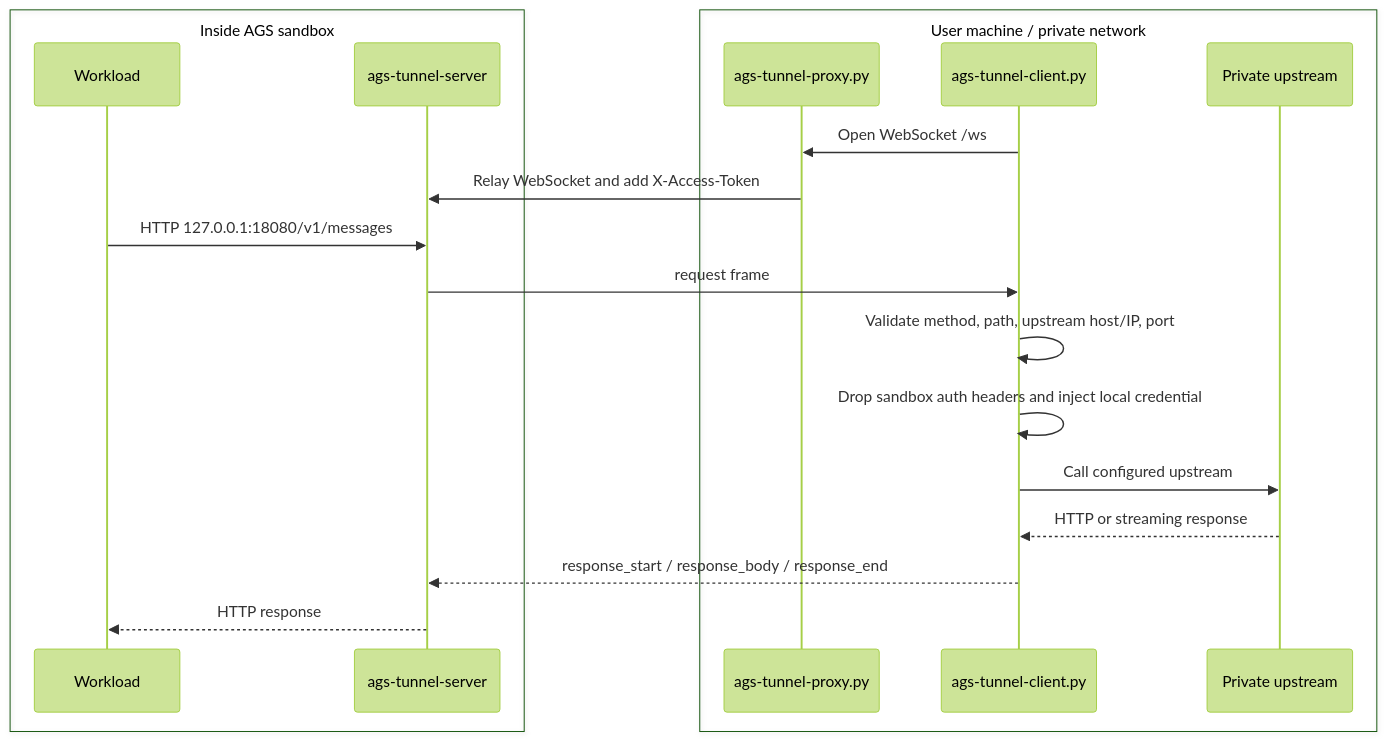
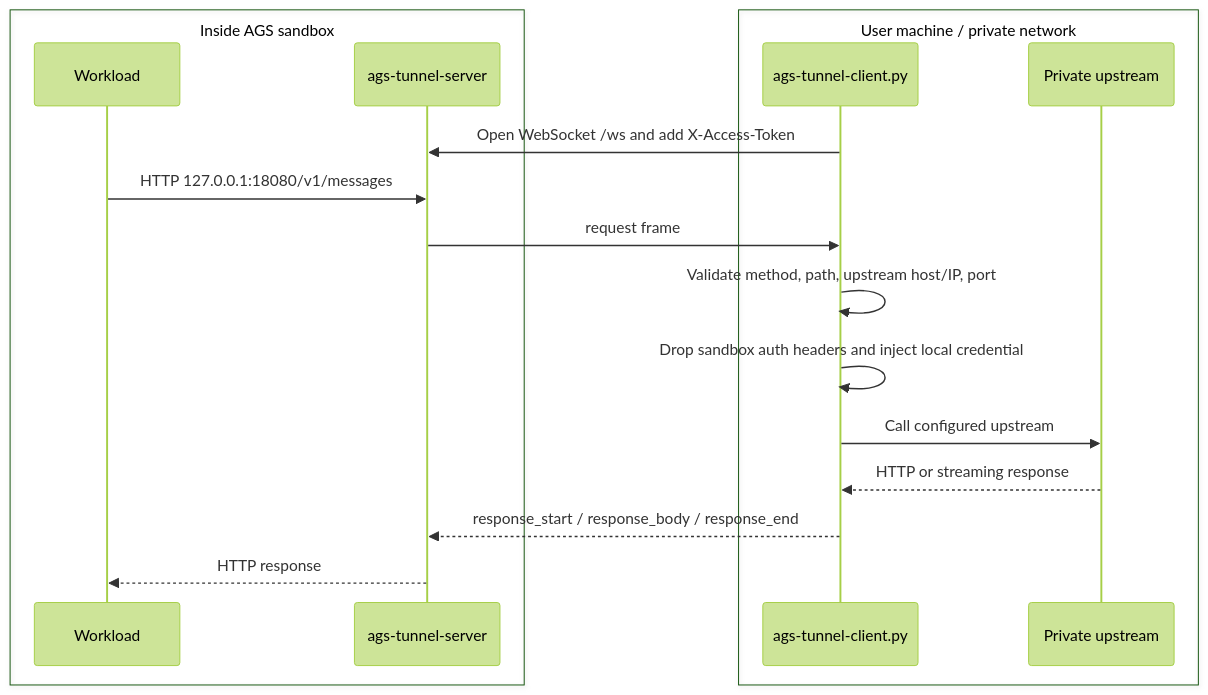
Before and after one commit to TencentCloudAgentRuntime/ags-cookbook: the second of 2 diagrams in examples/local-service-tunnel/README.md, drawn with Mermaid (forest theme). The commit also changed other lines of this file and 7 other files, not shown here.

Commit message:
refactor(examples): merge local tunnel proxy into client

````diff
--- a/examples/local-service-tunnel/README.md
+++ b/examples/local-service-tunnel/README.md
@@ -52,23 +50,21 @@
 ```mermaid
 sequenceDiagram
   box Inside AGS sandbox
     participant W as Workload
     participant S as ags-tunnel-server
   end
   box User machine / private network
-    participant P as ags-tunnel-proxy.py
     participant C as ags-tunnel-client.py
     participant U as Private upstream
   end
 
-  C->>P: Open WebSocket /ws
-  P->>S: Relay WebSocket and add X-Access-Token
+  C->>S: Open WebSocket /ws and add X-Access-Token
   W->>S: HTTP 127.0.0.1:18080/v1/messages
   S->>C: request frame
   C->>C: Validate method, path, upstream host/IP, port
   C->>C: Drop sandbox auth headers and inject local credential
   C->>U: Call configured upstream
   U-->>C: HTTP or streaming response
   C-->>S: response_start / response_body / response_end
   S-->>W: HTTP response
 ```
````
